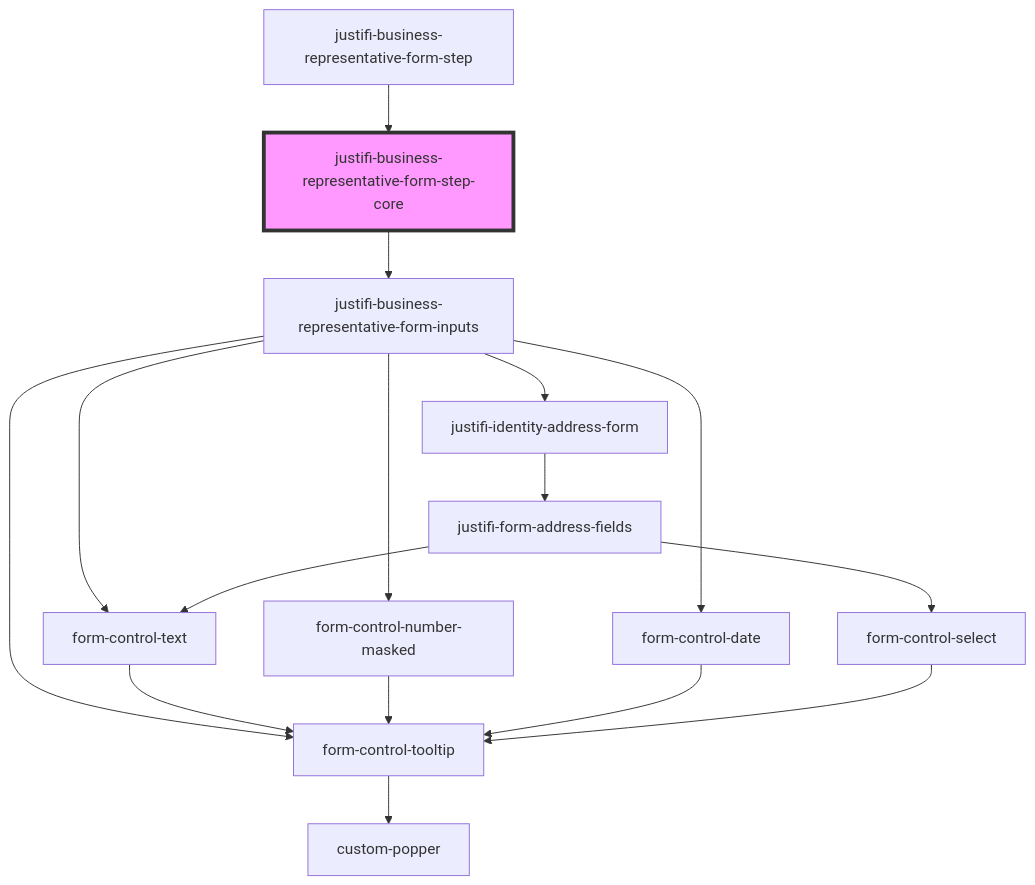
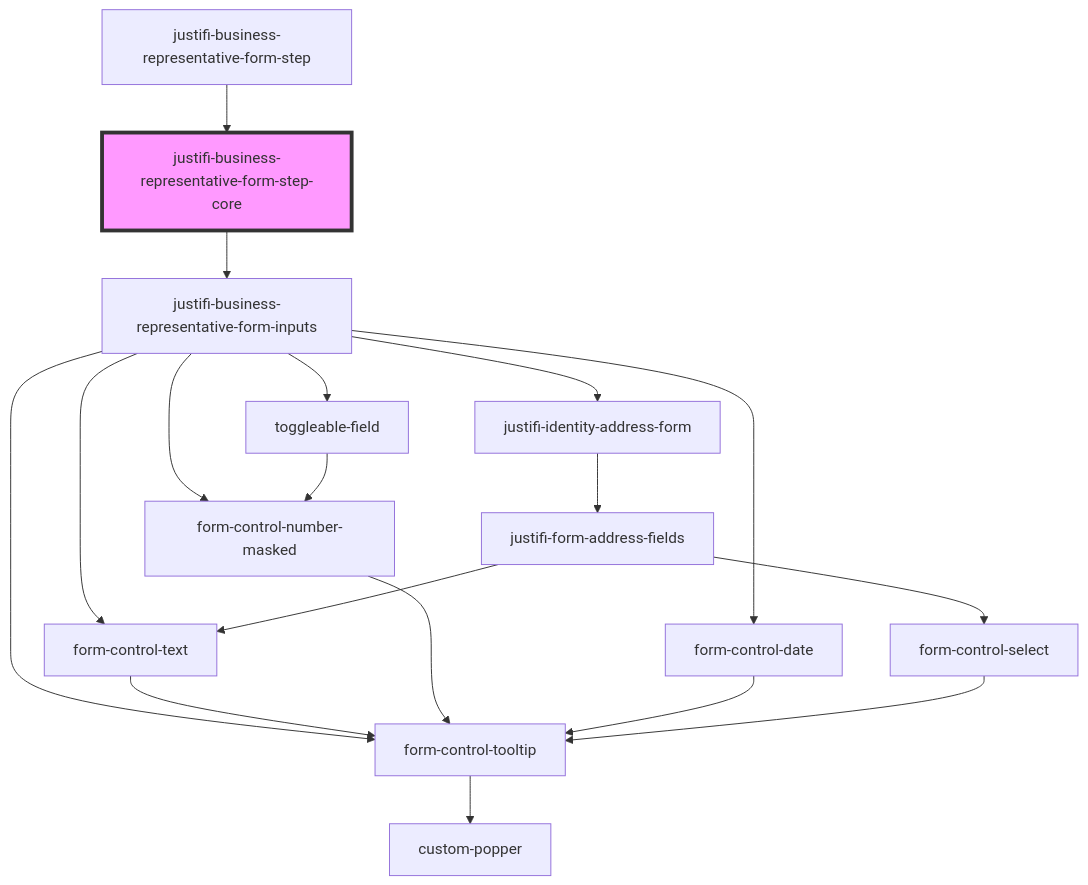
Before and after one commit to justifi-tech/web-component-library: the diagram in packages/webcomponents/src/components/business-forms/payment-provisioning/business-representative/README.md, drawn with Mermaid. The commit also changed 21 other files, not shown here.

````diff
--- a/packages/webcomponents/src/components/business-forms/payment-provisioning/business-representative/README.md
+++ b/packages/webcomponents/src/components/business-forms/payment-provisioning/business-representative/README.md
@@ -57,19 +57,21 @@
 ```mermaid
 graph TD;
   justifi-business-representative-form-step-core --> justifi-business-representative-form-inputs
   justifi-business-representative-form-inputs --> form-control-tooltip
   justifi-business-representative-form-inputs --> form-control-text
   justifi-business-representative-form-inputs --> form-control-number-masked
   justifi-business-representative-form-inputs --> form-control-date
+  justifi-business-representative-form-inputs --> toggleable-field
   justifi-business-representative-form-inputs --> justifi-identity-address-form
   form-control-tooltip --> custom-popper
   form-control-text --> form-control-tooltip
   form-control-number-masked --> form-control-tooltip
   form-control-date --> form-control-tooltip
+  toggleable-field --> form-control-number-masked
   justifi-identity-address-form --> justifi-form-address-fields
   justifi-form-address-fields --> form-control-text
   justifi-form-address-fields --> form-control-select
   form-control-select --> form-control-tooltip
   justifi-business-representative-form-step --> justifi-business-representative-form-step-core
   style justifi-business-representative-form-step-core fill:#f9f,stroke:#333,stroke-width:4px
 ```
````
